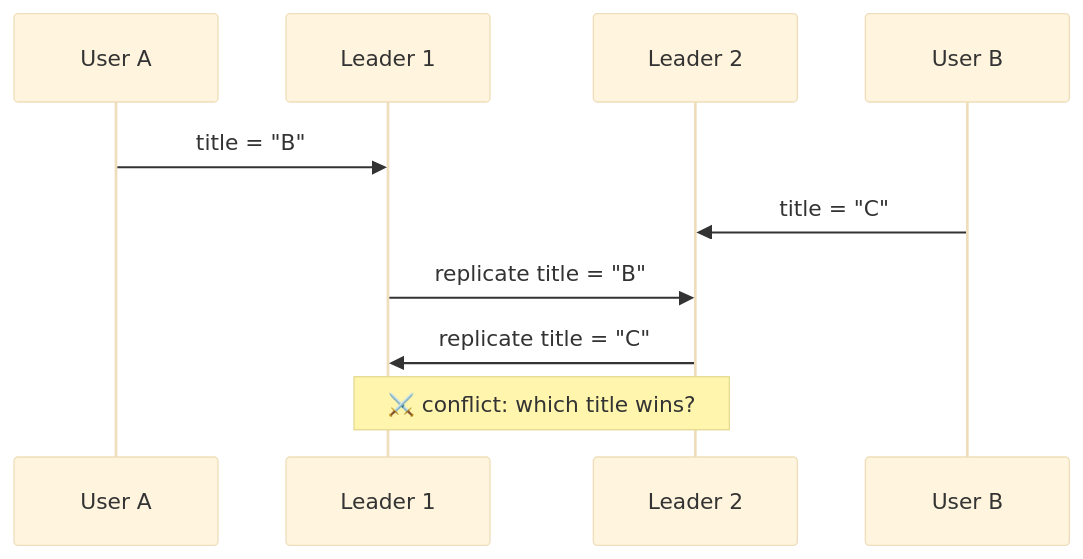
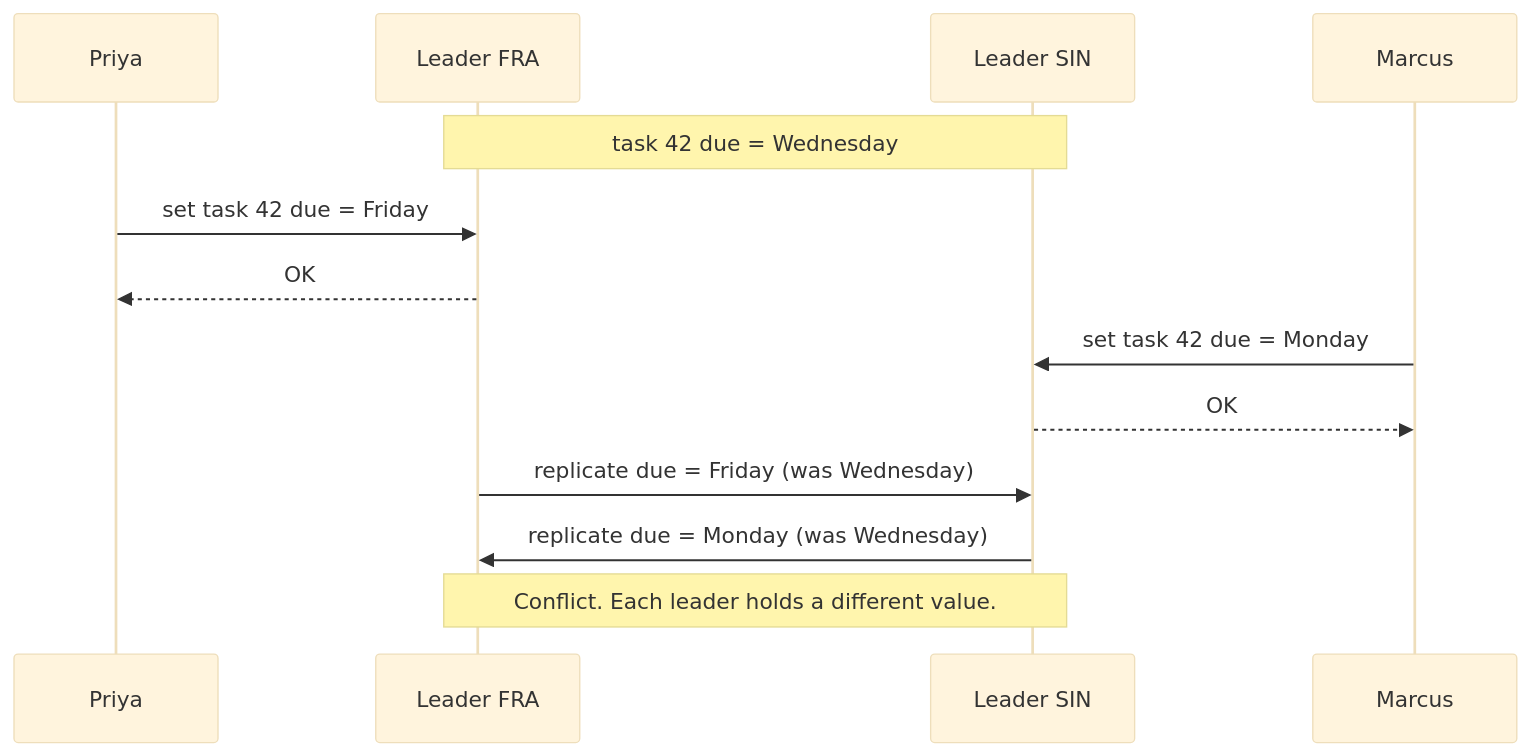
Before and after one commit to pratikguru998/ddia-book: diagram 19 of 35 in docs/chapters/part-2/05-replication.mdx, drawn with Mermaid (base theme). The commit also changed other lines of this file and 13 other files, not shown here.

Commit message:
Expand all 12 chapters: every book subsection, deeper notes, ~320 diagrams

````diff
--- a/docs/chapters/part-2/05-replication.mdx
+++ b/docs/chapters/part-2/05-replication.mdx
@@ -180,12 +623,15 @@
 ```mermaid
 sequenceDiagram
-  participant A as User A
-  participant L1 as Leader 1
-  participant L2 as Leader 2
-  participant B as User B
-  A->>L1: title = "B"
-  B->>L2: title = "C"
-  L1->>L2: replicate title = "B"
-  L2->>L1: replicate title = "C"
-  Note over L1,L2: ⚔️ conflict: which title wins?
+  participant P as Priya
+  participant L1 as Leader FRA
+  participant L2 as Leader SIN
+  participant M as Marcus
+  Note over L1,L2: task 42 due = Wednesday
+  P->>L1: set task 42 due = Friday
+  L1-->>P: OK
+  M->>L2: set task 42 due = Monday
+  L2-->>M: OK
+  L1->>L2: replicate due = Friday (was Wednesday)
+  L2->>L1: replicate due = Monday (was Wednesday)
+  Note over L1,L2: Conflict. Each leader holds a different value.
 ```
````
